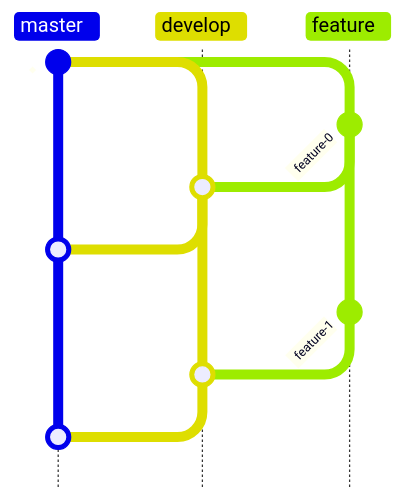
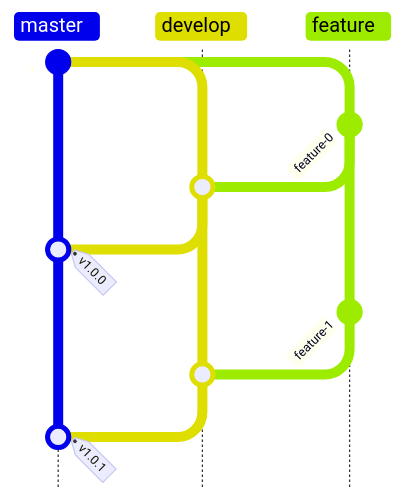
Before and after one commit to marcobn/PAOFLOW: the first of 2 diagrams in CONTRIBUTING.md, drawn with Mermaid.

Commit message:
Add version tags to merge commands in CONTRIBUTING.md
Updated merge commands to include version tags for clarity.

````diff
--- a/CONTRIBUTING.md
+++ b/CONTRIBUTING.md
@@ -3,24 +3,25 @@
 ```mermaid
 ---
 config:
   gitGraph:
     mainBranchName: 'master'
 ---
     gitGraph TB:
         commit id: ' '
         checkout master
         branch develop
         checkout master
         branch feature
         commit id: 'feature-0'
         checkout develop
         merge feature
         checkout master
-        merge develop
+        merge develop tag: 'v1.0.0'
         checkout feature
         commit id: 'feature-1'
-        checkout develop
-        merge feature
+        checkout develop 
+        merge feature 
         checkout master
-        merge develop
+        merge develop  tag: 'v1.0.1'
+        
 ```
````
